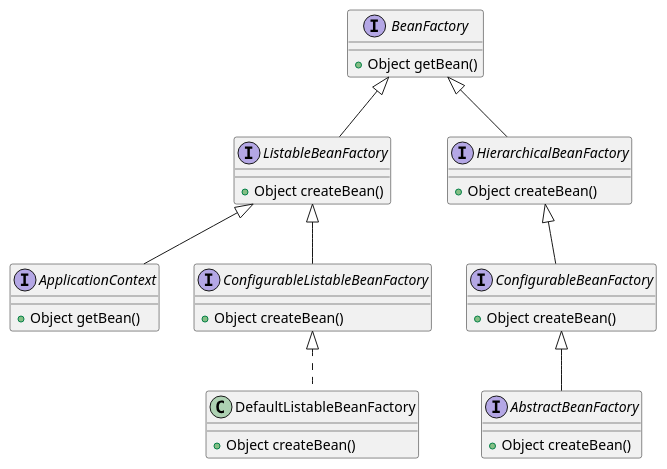
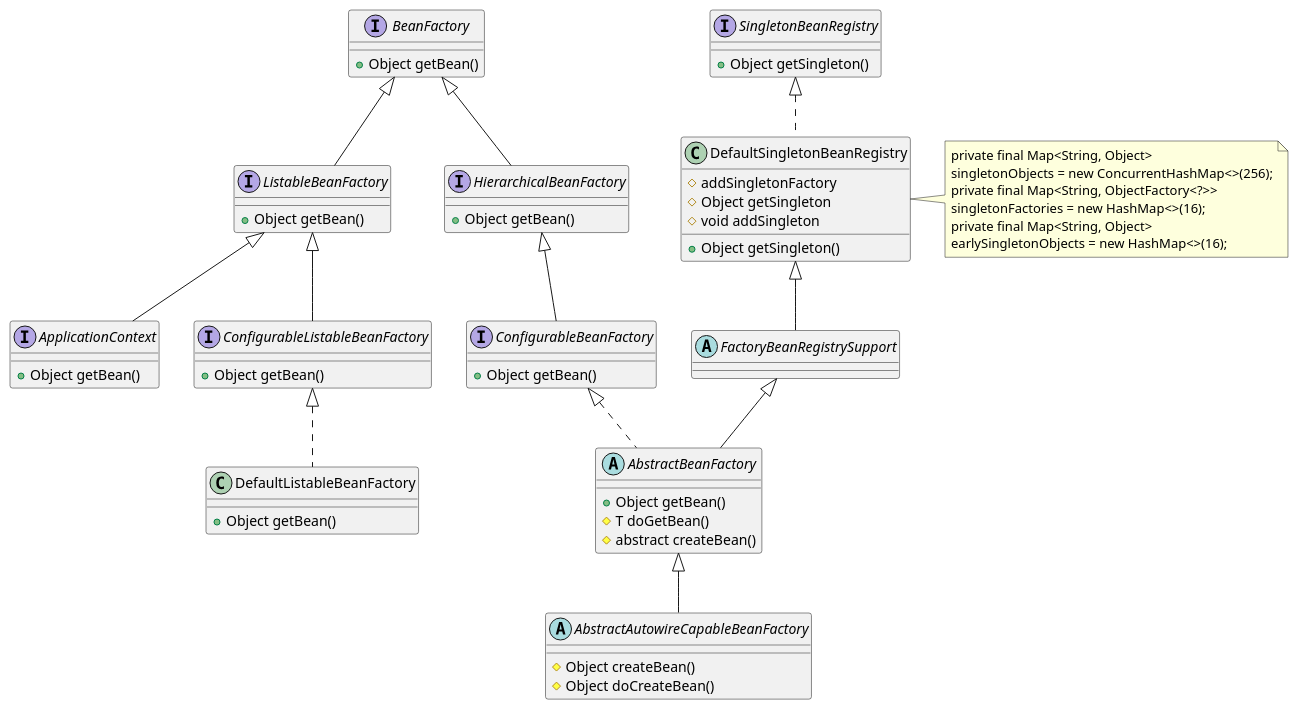
One commit to feifeihappy/spring-framework changed the diagram in spring抽象工厂模式.puml. Above: the diagram before and after it, drawn with PlantUML.

Commit message:
spring抽象工厂模式

```diff
--- a/spring抽象工厂模式.puml
+++ b/spring抽象工厂模式.puml
@@ -1,47 +1,73 @@
 @startuml
 'https://plantuml.com/class-diagram
 '因为 Java 与咖啡之间的联系，
 '所以咖啡的原材料咖啡豆（Java Bean）
 '就自然而然地成为了 Spring 中代
 '表一种基本单元的名称。
 'Spring源码中的抽象工厂模式
-'todo https://blog.csdn.net/zhouwenxiamg/article/details/138059163
+'参考： https://blog.csdn.net/zhouwenxiamg/article/details/138059163
 
 interface BeanFactory {
     + Object getBean()
 }
 
 interface ListableBeanFactory extends BeanFactory {
-    + Object createBean()
+    + Object getBean()
 }
 interface HierarchicalBeanFactory extends BeanFactory {
-    + Object createBean()
+    + Object getBean()
 }
 
 interface ConfigurableBeanFactory extends HierarchicalBeanFactory {
-    + Object createBean()
+    + Object getBean()
 }
 
-interface AbstractBeanFactory implements ConfigurableBeanFactory {
-    + Object createBean()
+abstract AbstractBeanFactory extends FactoryBeanRegistrySupport implements ConfigurableBeanFactory {
+    + Object getBean()
+   # T doGetBean()
+   #abstract createBean()
+}
+
+abstract class AbstractAutowireCapableBeanFactory extends AbstractBeanFactory{
+#Object createBean()
+# Object doCreateBean()
 }
 
 
 
 interface ApplicationContext extends ListableBeanFactory{
     + Object getBean()
 }
 
 interface ConfigurableListableBeanFactory extends ListableBeanFactory{
-+ Object createBean()
++ Object getBean()
 }
 
 class DefaultListableBeanFactory implements ConfigurableListableBeanFactory {
-+ Object createBean()
++ Object getBean()
 }
 
 
+interface SingletonBeanRegistry{
++Object getSingleton()
+}
 
+class DefaultSingletonBeanRegistry implements SingletonBeanRegistry{
++Object getSingleton()
+#addSingletonFactory
+# Object getSingleton
+# void addSingleton
+}
+note right of DefaultSingletonBeanRegistry
+  	private final Map<String, Object>
+  	singletonObjects = new ConcurrentHashMap<>(256);
+  	private final Map<String, ObjectFactory<?>>
+  	singletonFactories = new HashMap<>(16);
+  	private final Map<String, Object>
+  	earlySingletonObjects = new HashMap<>(16);
+endnote
 
+abstract class FactoryBeanRegistrySupport extends DefaultSingletonBeanRegistry{
+}
 
 @enduml
```
